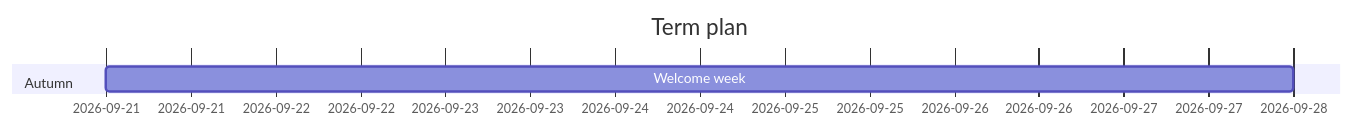
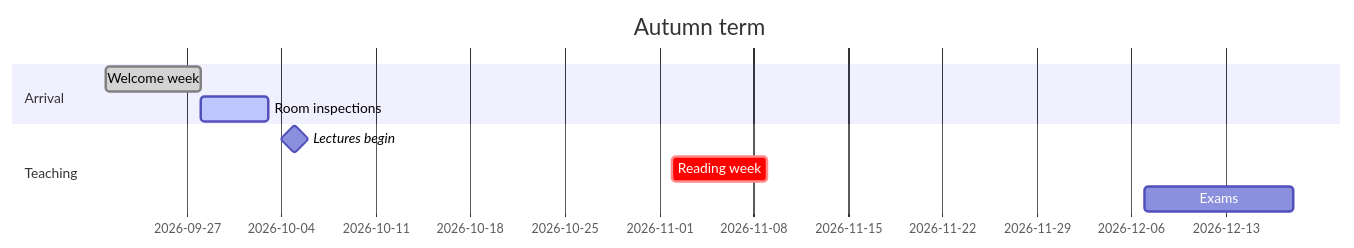
One commit to baskaranchidambaram07-coder/conversationplugin changed the seventh of 10 diagrams in web/widget/src/render/gallery/mermaid.md. Above: the diagram before and after it, drawn with Mermaid. The commit also changed other lines of this file and 11 other files, not shown here.

First line of the commit message:
Mermaid state, class, entity-relationship, Gantt, mind-map and timeline diagrams drawn (M3-T7)

````diff
--- a/web/widget/src/render/gallery/mermaid.md
+++ b/web/widget/src/render/gallery/mermaid.md
@@ -58,6 +118,12 @@
 ```mermaid
 gantt
-    title Term plan
-    section Autumn
-    Welcome week :a1, 2026-09-21, 7d
+    title Autumn term
+    dateFormat YYYY-MM-DD
+    section Arrival
+    Welcome week        :done, w1, 2026-09-21, 7d
+    Room inspections    :active, after w1, 5d
+    section Teaching
+    Lectures begin      :milestone, m1, 2026-10-05, 0d
+    Reading week        :crit, 2026-11-02, 7d
+    Exams               :2026-12-07, 2026-12-18
 ```
````
